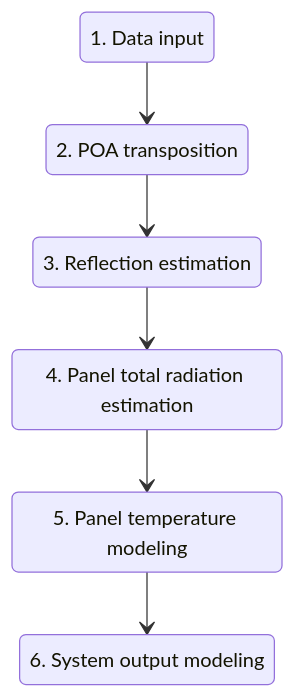
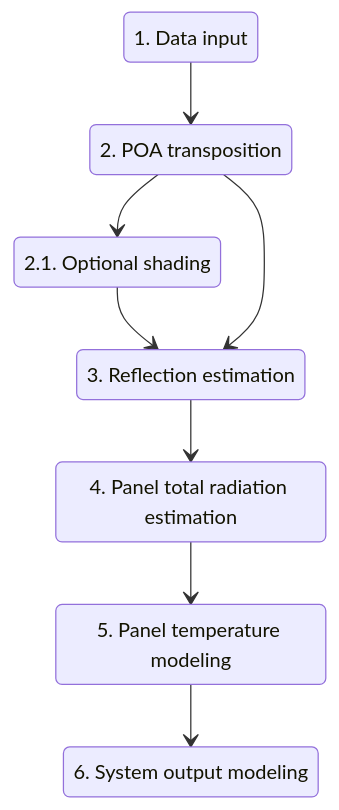
Before and after one commit to TimoSalola/fmi_pv_forecaster: the first of 8 diagrams in model_explained.md, drawn with Mermaid. The commit also changed other lines of this file and 9 other files, not shown here.

````diff
--- a/model_explained.md
+++ b/model_explained.md
@@ -44,18 +44,21 @@
 ```mermaid
 
 stateDiagram-v2 
     
     s1 : 1. Data input
     s2 : 2. POA transposition
+    s21 : 2.1. Optional shading
     s3 : 3. Reflection estimation
     s4 : 4. Panel total radiation estimation
     s5 : 5. Panel temperature modeling
     s6 : 6. System output modeling
     
     s1 --> s2
+    s2 --> s21
+    s21 --> s3
     s2 --> s3
     s3 --> s4
     s4 --> s5
     s5 --> s6
 
 ```
````
